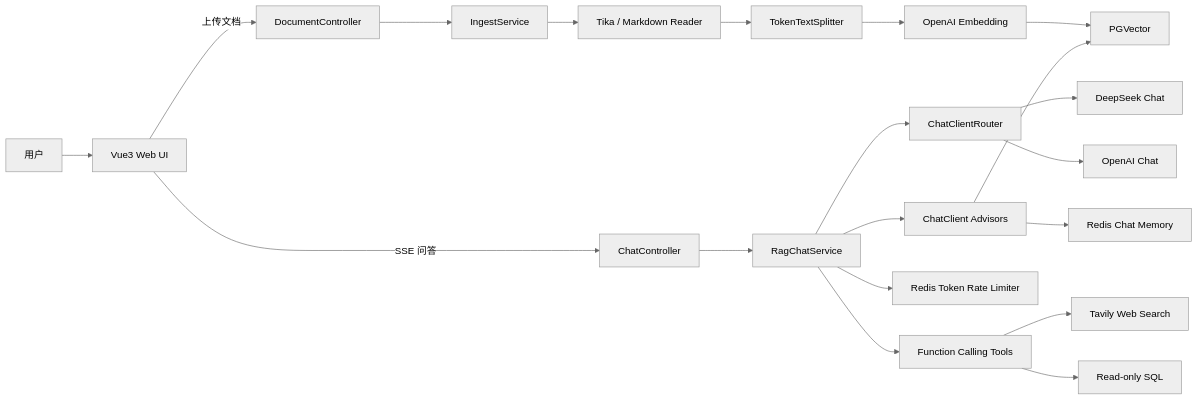
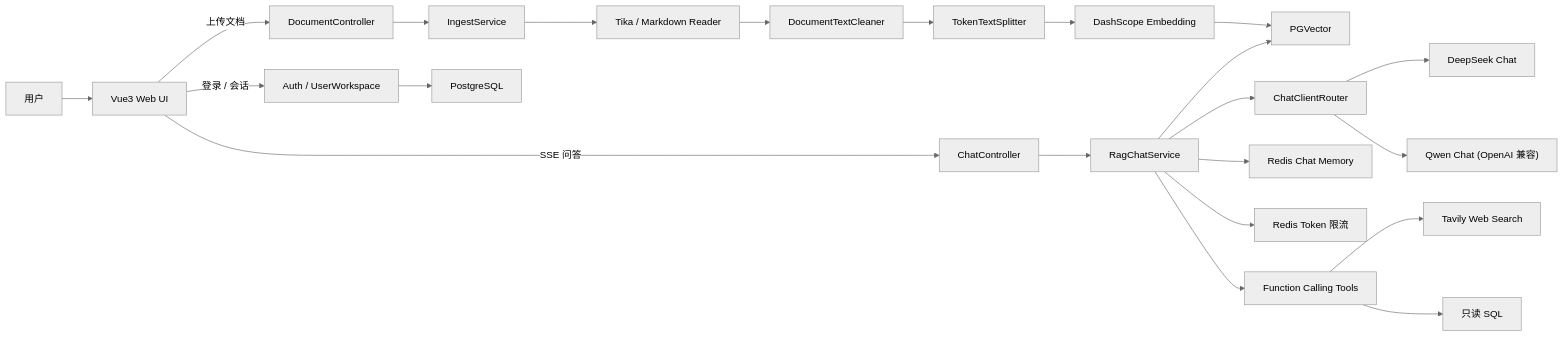
The first of 2 diagrams in README.md (szhifeng/ai-kb-assistant), drawn with Mermaid (neutral theme) before and after one commit. The commit also changed other lines of this file and 3 other files, not shown here.

````diff
--- a/README.md
+++ b/README.md
@@ -45,25 +31,28 @@
 ```mermaid
 flowchart LR
     user["用户"] --> webUi["Vue3 Web UI"]
     webUi -->|"上传文档"| documentApi["DocumentController"]
     webUi -->|"SSE 问答"| chatApi["ChatController"]
+    webUi -->|"登录 / 会话"| userApi["Auth / UserWorkspace"]
 
     documentApi --> ingestService["IngestService"]
     ingestService --> reader["Tika / Markdown Reader"]
-    reader --> splitter["TokenTextSplitter"]
-    splitter --> embedding["OpenAI Embedding"]
+    reader --> cleaner["DocumentTextCleaner"]
+    cleaner --> splitter["TokenTextSplitter"]
+    splitter --> embedding["DashScope Embedding"]
     embedding --> pgvector["PGVector"]
 
     chatApi --> ragService["RagChatService"]
     ragService --> router["ChatClientRouter"]
     router --> deepseek["DeepSeek Chat"]
-    router --> openai["OpenAI Chat"]
+    router --> qwen["Qwen Chat (OpenAI 兼容)"]
 
-    ragService --> advisors["ChatClient Advisors"]
-    advisors --> pgvector
-    advisors --> redisMemory["Redis Chat Memory"]
-    ragService --> rateLimiter["Redis Token Rate Limiter"]
+    ragService --> pgvector
+    ragService --> redisMemory["Redis Chat Memory"]
+    ragService --> rateLimiter["Redis Token 限流"]
     ragService --> tools["Function Calling Tools"]
     tools --> tavily["Tavily Web Search"]
-    tools --> sql["Read-only SQL"]
+    tools --> sql["只读 SQL"]
+
+    userApi --> postgres["PostgreSQL"]
 ```
````
